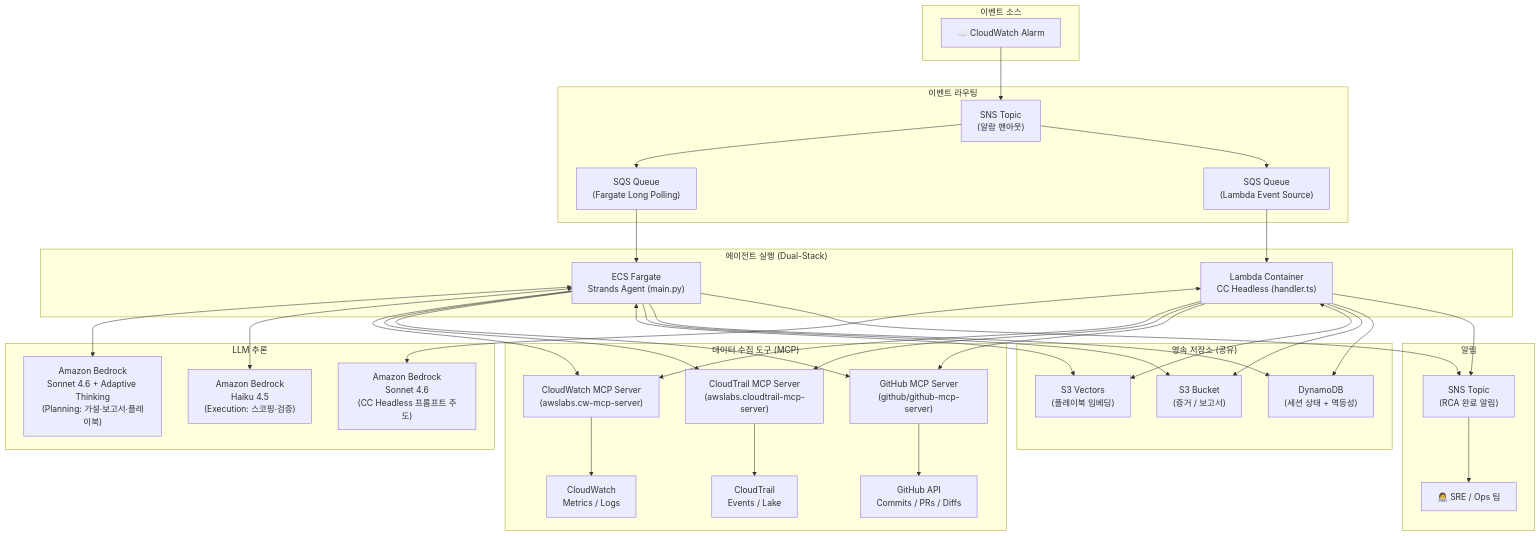
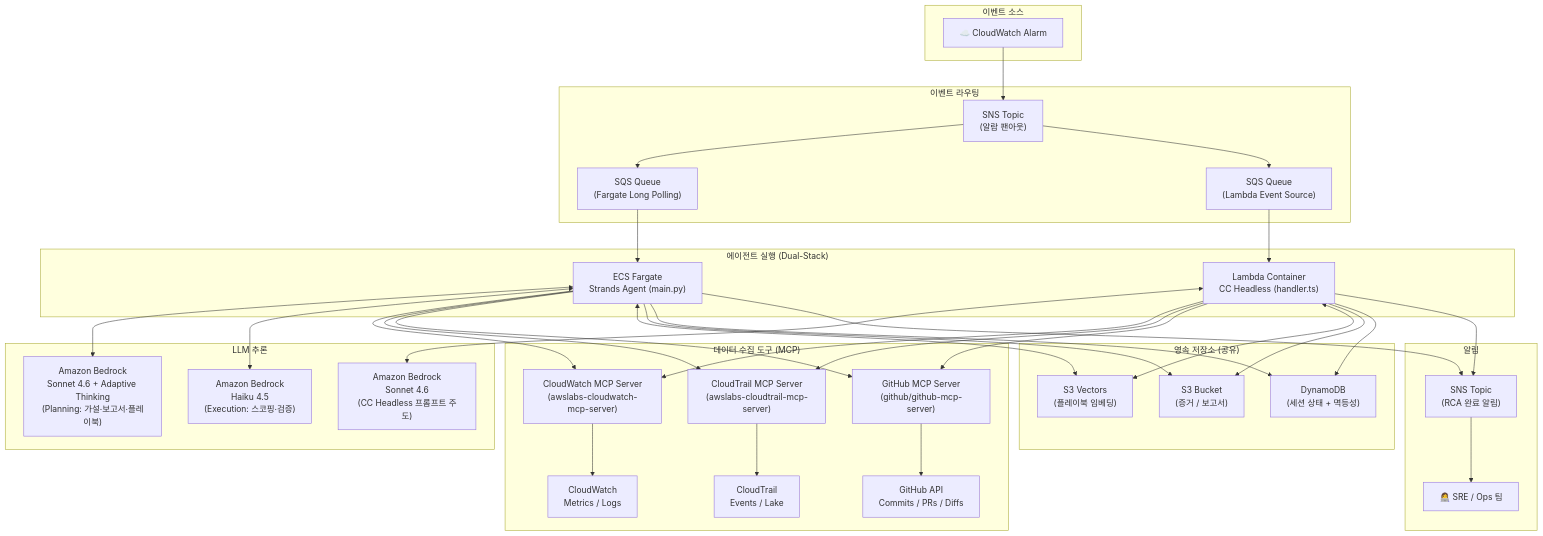
The first of 4 diagrams in AGENTS.md (haandol/rca-agent), drawn with Mermaid before and after one commit. The commit also changed other lines of this file and 10 other files, not shown here.

````diff
--- a/AGENTS.md
+++ b/AGENTS.md
@@ -89,68 +91,68 @@
 ```mermaid
 graph TB
     subgraph EventSource["이벤트 소스"]
         CW_ALARM["☁️ CloudWatch Alarm"]
     end
 
     subgraph Messaging["이벤트 라우팅"]
         SNS_IN["SNS Topic<br/>(알람 팬아웃)"]
         SQS_FARGATE["SQS Queue<br/>(Fargate Long Polling)"]
         SQS_LAMBDA["SQS Queue<br/>(Lambda Event Source)"]
     end
 
     subgraph Compute["에이전트 실행 (Dual-Stack)"]
         ECS["ECS Fargate<br/>Strands Agent (main.py)"]
         LAMBDA["Lambda Container<br/>CC Headless (handler.ts)"]
     end
 
     subgraph LLM["LLM 추론"]
         BEDROCK_PLAN["Amazon Bedrock<br/>Sonnet 4.6 + Adaptive Thinking<br/>(Planning: 가설·보고서·플레이북)"]
         BEDROCK_EXEC["Amazon Bedrock<br/>Haiku 4.5<br/>(Execution: 스코핑·검증)"]
         BEDROCK_CC["Amazon Bedrock<br/>Sonnet 4.6<br/>(CC Headless 프롬프트 주도)"]
     end
 
     subgraph DataTools["데이터 수집 도구 (MCP)"]
-        CW_MCP["CloudWatch MCP Server<br/>(awslabs.cw-mcp-server)"]
-        CT_MCP["CloudTrail MCP Server<br/>(awslabs.cloudtrail-mcp-server)"]
+        CW_MCP["CloudWatch MCP Server<br/>(awslabs-cloudwatch-mcp-server)"]
+        CT_MCP["CloudTrail MCP Server<br/>(awslabs-cloudtrail-mcp-server)"]
         GH_MCP["GitHub MCP Server<br/>(github/github-mcp-server)"]
         CW_API["CloudWatch<br/>Metrics / Logs"]
         CT_API["CloudTrail<br/>Events / Lake"]
         GH_API["GitHub API<br/>Commits / PRs / Diffs"]
     end
 
     subgraph Storage["영속 저장소 (공유)"]
         S3_VECTORS["S3 Vectors<br/>(플레이북 임베딩)"]
         S3["S3 Bucket<br/>(증거 / 보고서)"]
         DDB["DynamoDB<br/>(세션 상태 + 멱등성)"]
     end
 
     subgraph Notification["알림"]
         SNS_OUT["SNS Topic<br/>(RCA 완료 알림)"]
         SRE["👩‍💻 SRE / Ops 팀"]
     end
 
     CW_ALARM --> SNS_IN
     SNS_IN --> SQS_FARGATE --> ECS
     SNS_IN --> SQS_LAMBDA --> LAMBDA
     ECS <--> BEDROCK_PLAN
     ECS <--> BEDROCK_EXEC
     LAMBDA <--> BEDROCK_CC
     ECS --> CW_MCP
     ECS --> CT_MCP
     ECS --> GH_MCP
     LAMBDA --> CW_MCP
     LAMBDA --> CT_MCP
     LAMBDA --> GH_MCP
     CW_MCP --> CW_API
     CT_MCP --> CT_API
     GH_MCP --> GH_API
     ECS <--> S3_VECTORS
     ECS --> S3
     ECS --> DDB
     LAMBDA <--> S3_VECTORS
     LAMBDA --> S3
     LAMBDA --> DDB
     ECS --> SNS_OUT
     LAMBDA --> SNS_OUT
     SNS_OUT --> SRE
 ```
````
